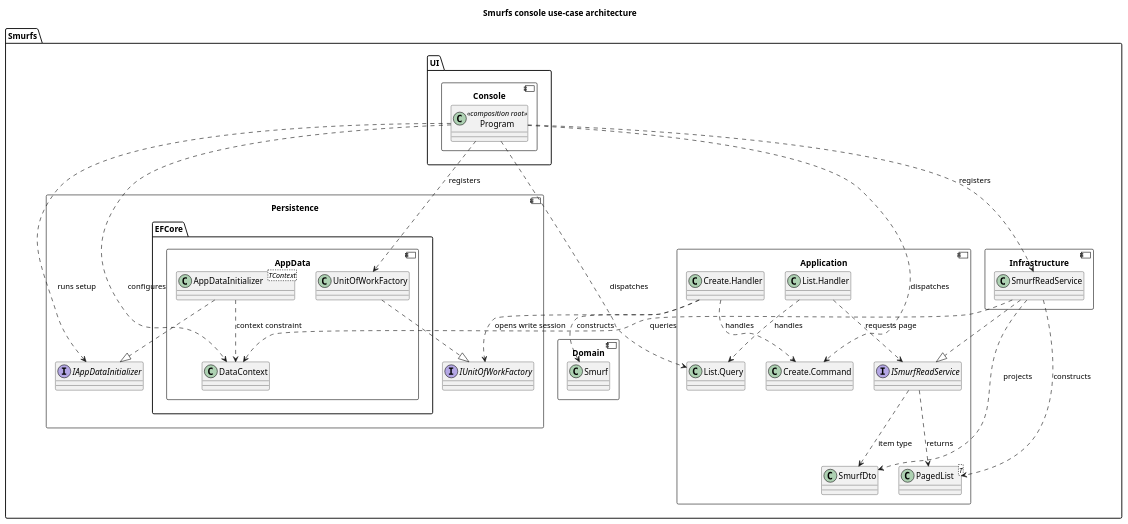
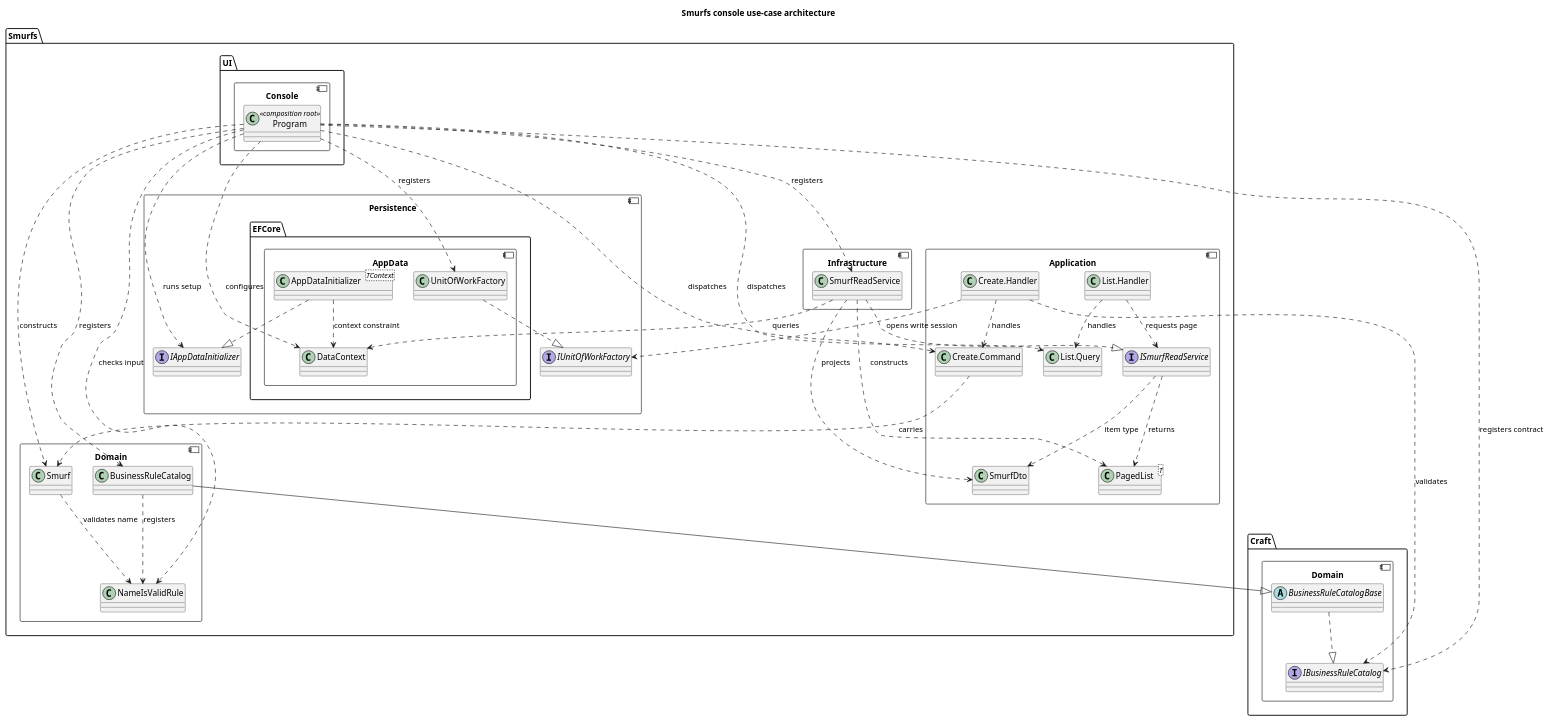
One commit to EbbeMeloSorensen/Smurfs changed the diagram in docs/structural/diagrams/console-architecture.puml. Above: the diagram before and after it, drawn with PlantUML. The commit also changed 14 other files, not shown here.

```diff
--- a/docs/structural/diagrams/console-architecture.puml
+++ b/docs/structural/diagrams/console-architecture.puml
@@ -1,56 +1,71 @@
 @startuml
 allowmixing
 top to bottom direction
 title Smurfs console use-case architecture
 skinparam componentStyle uml2
 skinparam classAttributeIconSize 0
 
+component "Craft.Domain" {
+  interface IBusinessRuleCatalog
+  abstract class BusinessRuleCatalogBase
+}
 component "Smurfs.Domain" {
   class Smurf
+  class BusinessRuleCatalog
+  class NameIsValidRule
 }
 component "Smurfs.Persistence" {
   interface IUnitOfWorkFactory
   interface IAppDataInitializer
 }
 component "Smurfs.Application" {
   class "Create.Command" as CreateCommand
   class "Create.Handler" as CreateHandler
   class "List.Query" as ListQuery
   class "List.Handler" as ListHandler
   interface ISmurfReadService
   class SmurfDto
   class "PagedList<T>" as PagedList
 }
 component "Smurfs.Persistence.EFCore.AppData" {
   class DataContext
   class UnitOfWorkFactory
   class "AppDataInitializer<TContext>" as AppDataInitializer
 }
 component "Smurfs.Infrastructure" {
   class SmurfReadService
 }
 component "Smurfs.UI.Console" {
   class Program <<composition root>>
 }
 
 CreateHandler ..> CreateCommand : handles
-CreateHandler ..> Smurf : constructs
+CreateCommand ..> Smurf : carries
+CreateHandler ..> IBusinessRuleCatalog : validates
+BusinessRuleCatalog --|> BusinessRuleCatalogBase
+BusinessRuleCatalogBase ..|> IBusinessRuleCatalog
+BusinessRuleCatalog ..> NameIsValidRule : registers
+Smurf ..> NameIsValidRule : validates name
 CreateHandler ..> IUnitOfWorkFactory : opens write session
 ListHandler ..> ListQuery : handles
 ListHandler ..> ISmurfReadService : requests page
 ISmurfReadService ..> PagedList : returns
 ISmurfReadService ..> SmurfDto : item type
 SmurfReadService ..|> ISmurfReadService
 SmurfReadService ..> DataContext : queries
 SmurfReadService ..> PagedList : constructs
 SmurfReadService ..> SmurfDto : projects
 UnitOfWorkFactory ..|> IUnitOfWorkFactory
 AppDataInitializer ..|> IAppDataInitializer
 AppDataInitializer ..> DataContext : context constraint
 Program ..> CreateCommand : dispatches
+Program ..> Smurf : constructs
+Program ..> BusinessRuleCatalog : registers
+Program ..> IBusinessRuleCatalog : registers contract
+Program ..> NameIsValidRule : checks input
 Program ..> ListQuery : dispatches
 Program ..> IAppDataInitializer : runs setup
 Program ..> DataContext : configures
 Program ..> SmurfReadService : registers
 Program ..> UnitOfWorkFactory : registers
 @enduml
```
